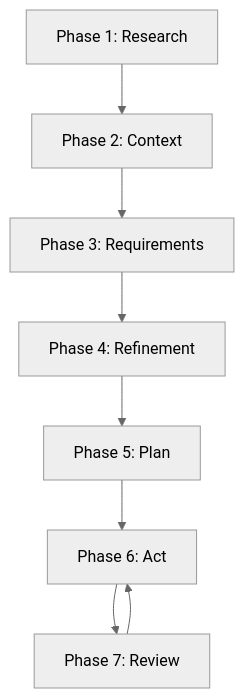
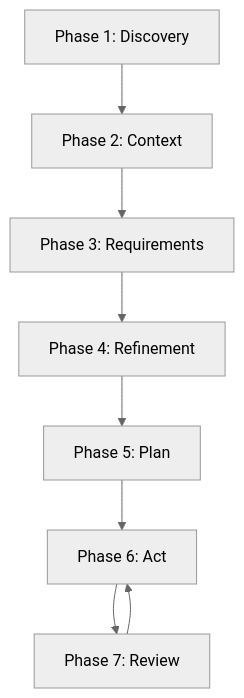
The sixth of 6 diagrams in README.md (its-brianwithai/pew-pew-plx), drawn with Mermaid (neutral theme) before and after one commit. The commit also changed other lines of this file, not shown here.

````diff
--- a/README.md
+++ b/README.md
@@ -567,10 +653,10 @@
 ```mermaid
 graph TD
-    A[Phase 1: Research] --> B[Phase 2: Context];
-    B --> C[Phase 3: Requirements];
-    C --> D[Phase 4: Refinement];
-    D --> E[Phase 5: Plan];
-    E --> F[Phase 6: Act];
-    F --> G[Phase 7: Review];
-    G --> F;
+    A[Phase 1: Discovery] --> B[Phase 2: Context]
+    B --> C[Phase 3: Requirements]
+    C --> D[Phase 4: Refinement]
+    D --> E[Phase 5: Plan]
+    E --> F[Phase 6: Act]
+    F --> G[Phase 7: Review]
+    G --> F
 ```
````
